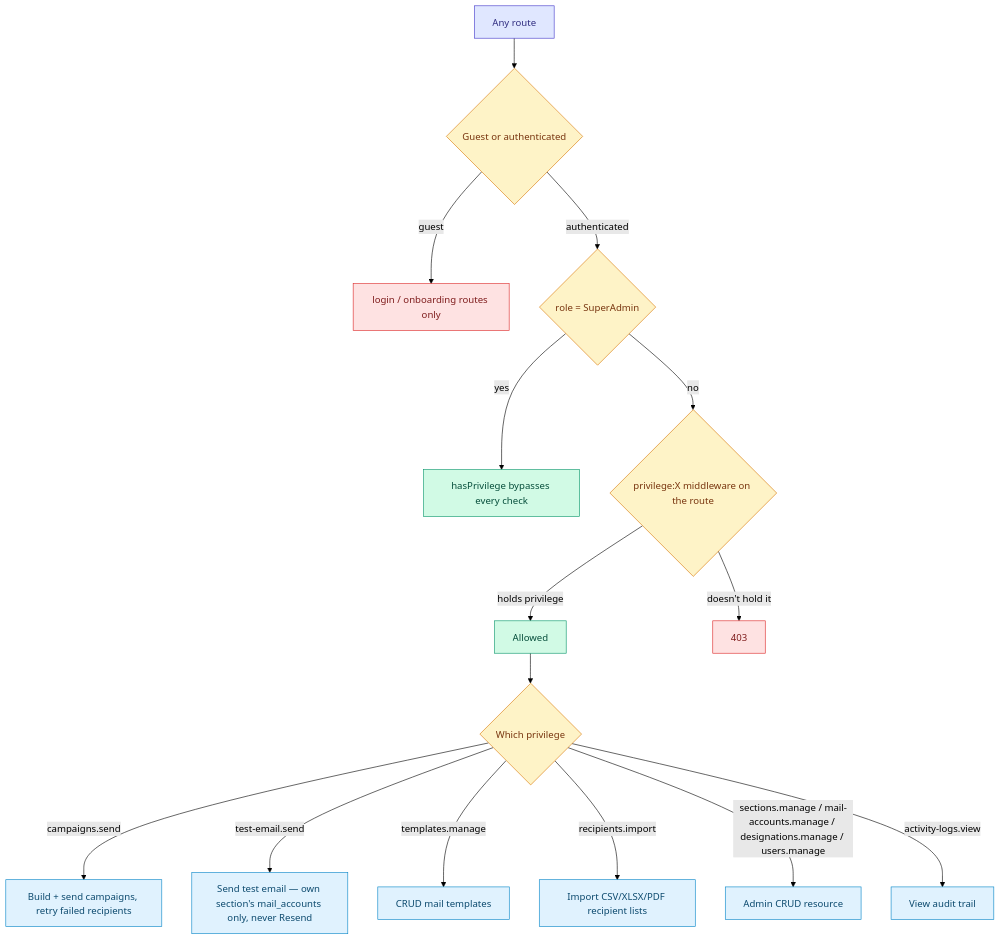
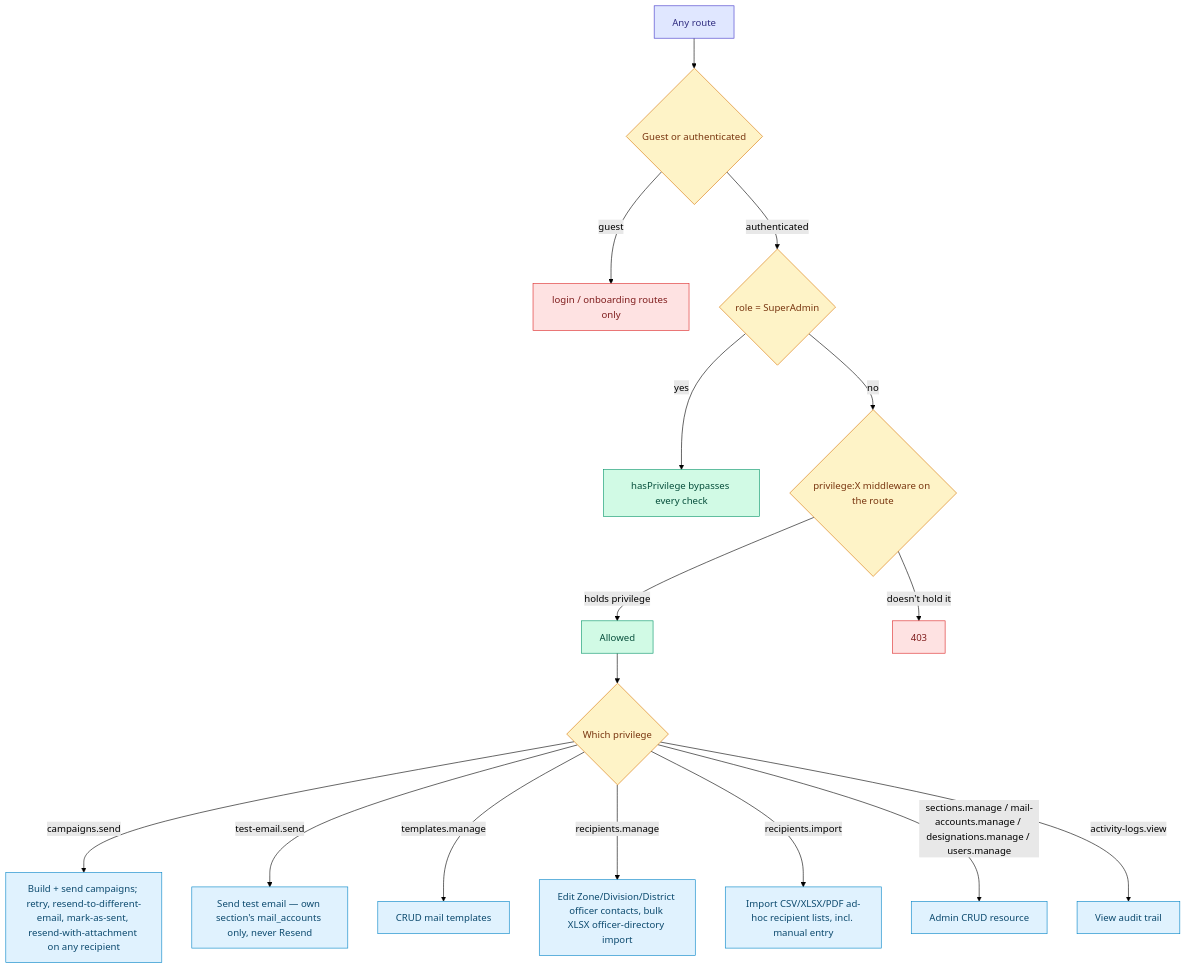
Before and after one commit to SubhanRaj/UP-excise-mailer: the fifth of 6 diagrams in APP_FLOW.md, drawn with Mermaid (forest theme). The commit also changed other lines of this file and 1 other file, not shown here.

First line of the commit message:
Update docs for recipients.manage, mark-as-sent, resend-attachment, recipients search/sort

````diff
--- a/APP_FLOW.md
+++ b/APP_FLOW.md
@@ -179,30 +189,31 @@
 ```mermaid
 flowchart TD
     classDef entry fill:#e0e7ff,stroke:#4338ca,color:#312e81
     classDef decision fill:#fef3c7,stroke:#d97706,color:#78350f
     classDef good fill:#d1fae5,stroke:#059669,color:#064e3b
     classDef scoped fill:#e0f2fe,stroke:#0284c7,color:#0c4a6e
     classDef warn fill:#fee2e2,stroke:#dc2626,color:#7f1d1d
 
     R[Any route] --> A{Guest or authenticated}
     A -->|guest| G[login / onboarding routes only]
     A -->|authenticated| B{role = SuperAdmin}
     B -->|yes| ALL[hasPrivilege bypasses every check]
     B -->|no| P{privilege:X middleware on the route}
     P -->|holds privilege| OK[Allowed]
     P -->|doesn't hold it| DENY[403]
 
     OK --> M{Which privilege}
-    M -->|campaigns.send| CS[Build + send campaigns, retry failed recipients]
+    M -->|campaigns.send| CS[Build + send campaigns; retry, resend-to-different-email, mark-as-sent, resend-with-attachment on any recipient]
     M -->|test-email.send| TS[Send test email — own section's mail_accounts only, never Resend]
     M -->|templates.manage| TM[CRUD mail templates]
-    M -->|recipients.import| RI[Import CSV/XLSX/PDF recipient lists]
+    M -->|recipients.manage| RM[Edit Zone/Division/District officer contacts, bulk XLSX officer-directory import]
+    M -->|recipients.import| RI[Import CSV/XLSX/PDF ad-hoc recipient lists, incl. manual entry]
     M -->|sections.manage / mail-accounts.manage / designations.manage / users.manage| ADM[Admin CRUD resource]
     M -->|activity-logs.view| AL[View audit trail]
 
     class R entry
     class A,B,P,M decision
     class ALL,OK good
-    class TS,CS,TM,RI,AL,ADM scoped
+    class TS,CS,TM,RM,RI,AL,ADM scoped
     class G,DENY warn
 ```
````
